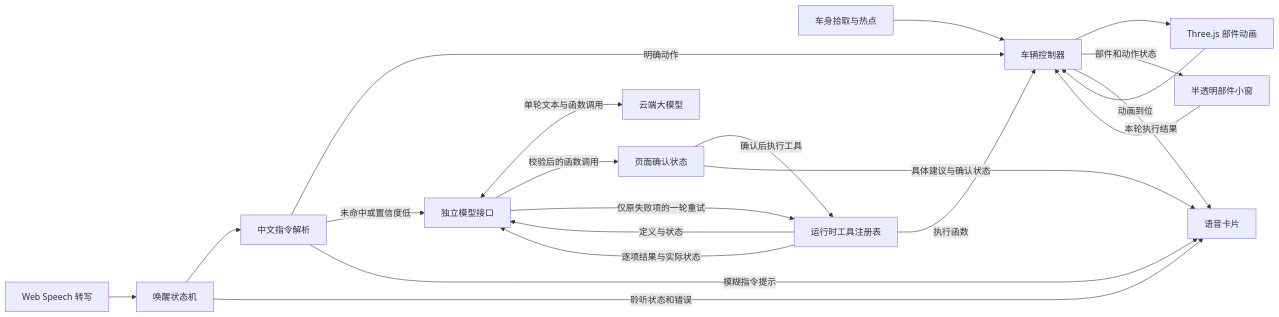
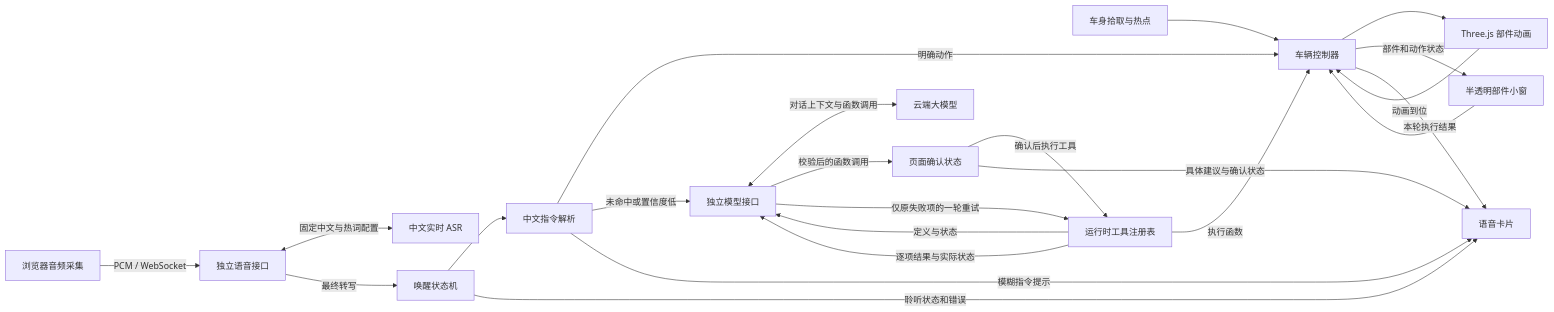
One commit to Houyanbin2002/3DCar changed the diagram in 落地方案与项目架构.md. Above: the diagram before and after it, drawn with Mermaid. The commit also changed other lines of this file and 33 other files, not shown here.

````diff
--- a/落地方案与项目架构.md
+++ b/落地方案与项目架构.md
@@ -30,23 +30,25 @@
 ```mermaid
 flowchart LR
     H[车身拾取与热点] --> C[车辆控制器]
     P[半透明部件小窗] --> C
-    R[Web Speech 转写] --> V[唤醒状态机]
+    A[浏览器音频采集] -->|PCM / WebSocket| B[独立语音接口]
+    B <-->|固定中文与热词配置| R[中文实时 ASR]
+    B -->|最终转写| V[唤醒状态机]
     V --> D[中文指令解析]
     D -->|明确动作| C
     D -->|未命中或置信度低| I[独立模型接口]
     G[运行时工具注册表] -->|定义与状态| I
-    I <-->|单轮文本与函数调用| L[云端大模型]
+    I <-->|对话上下文与函数调用| L[云端大模型]
     I -->|校验后的函数调用| F[页面确认状态]
     F -->|确认后执行工具| G
     G -->|逐项结果与实际状态| I
     I -->|仅原失败项的一轮重试| G
     G -->|执行函数| C
     C --> T[Three.js 部件动画]
     T -->|动画到位| C
     C -->|部件和动作状态| P
     C -->|本轮执行结果| S[语音卡片]
     V -->|聆听状态和错误| S
     D -->|模糊指令提示| S
     F -->|具体建议与确认状态| S
 ```
````
